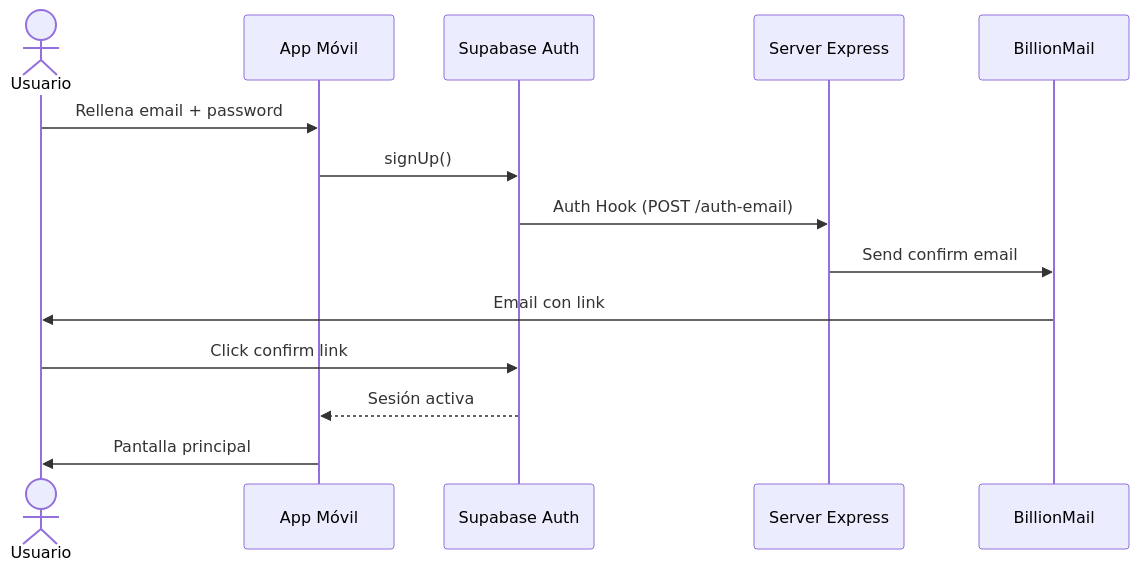
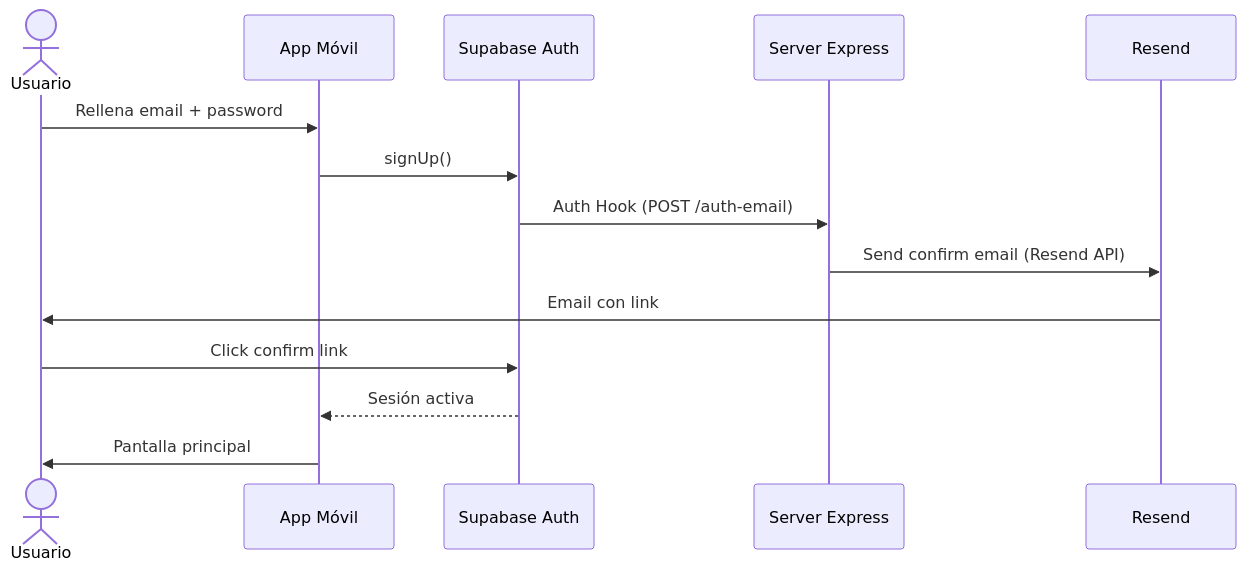
One commit to msabbar02/PawMate changed the seventh of 16 diagrams in docstecnica.md. Above: the diagram before and after it, drawn with Mermaid. The commit also changed other lines of this file and 6 other files, not shown here.

Commit message:
feat(email): migrar de BillionMail/Nodemailer a Resend SDK

````diff
--- a/docstecnica.md
+++ b/docstecnica.md
@@ -257,17 +257,17 @@
 ```mermaid
 sequenceDiagram
     actor U as Usuario
     participant M as App Móvil
     participant S as Supabase Auth
     participant SR as Server Express
-    participant BM as BillionMail
+    participant BM as Resend
 
     U->>M: Rellena email + password
     M->>S: signUp()
     S->>SR: Auth Hook (POST /auth-email)
-    SR->>BM: Send confirm email
+    SR->>BM: Send confirm email (Resend API)
     BM->>U: Email con link
     U->>S: Click confirm link
     S-->>M: Sesión activa
     M->>U: Pantalla principal
 ```
````
